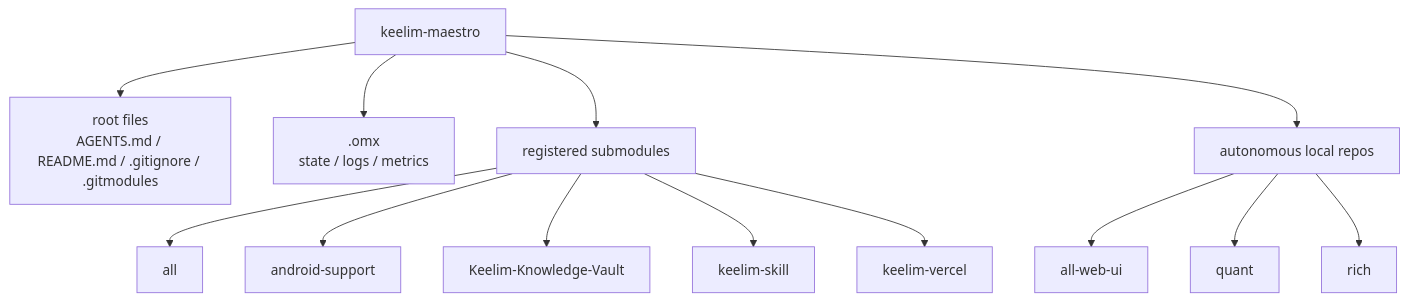
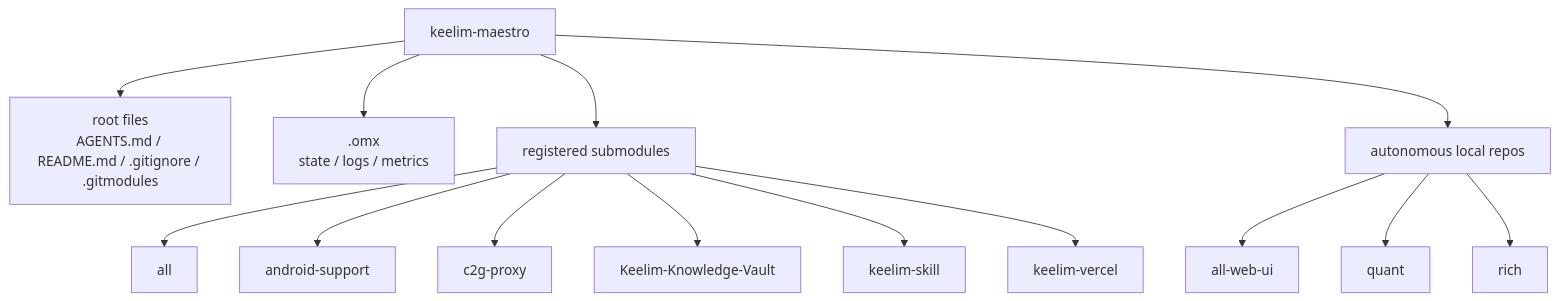
Before and after one commit to keelim/keelim-maestro: the diagram in README.md, drawn with Mermaid. The commit also changed other lines of this file and 2 other files, not shown here.

First line of the commit message:
Add c2g-proxy submodule and docs

````diff
--- a/README.md
+++ b/README.md
@@ -7,19 +7,20 @@
 ```mermaid
 flowchart TB
     root["keelim-maestro"]
 
     root --> rootFiles["root files<br/>AGENTS.md / README.md / .gitignore / .gitmodules"]
     root --> omx[".omx<br/>state / logs / metrics"]
     root --> submodules["registered submodules"]
     root --> localRepos["autonomous local repos"]
 
     submodules --> all["all"]
     submodules --> android["android-support"]
+    submodules --> c2gProxy["c2g-proxy"]
     submodules --> vault["Keelim-Knowledge-Vault"]
     submodules --> skill["keelim-skill"]
     submodules --> vercel["keelim-vercel"]
 
     localRepos --> allWebUi["all-web-ui"]
     localRepos --> quant["quant"]
     localRepos --> rich["rich"]
 ```
````
